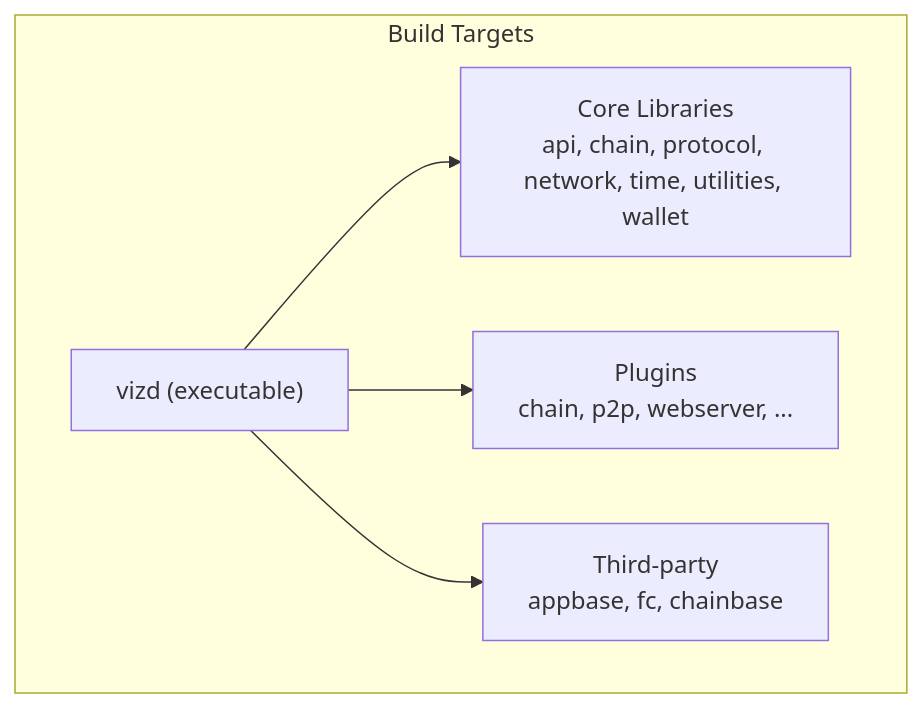
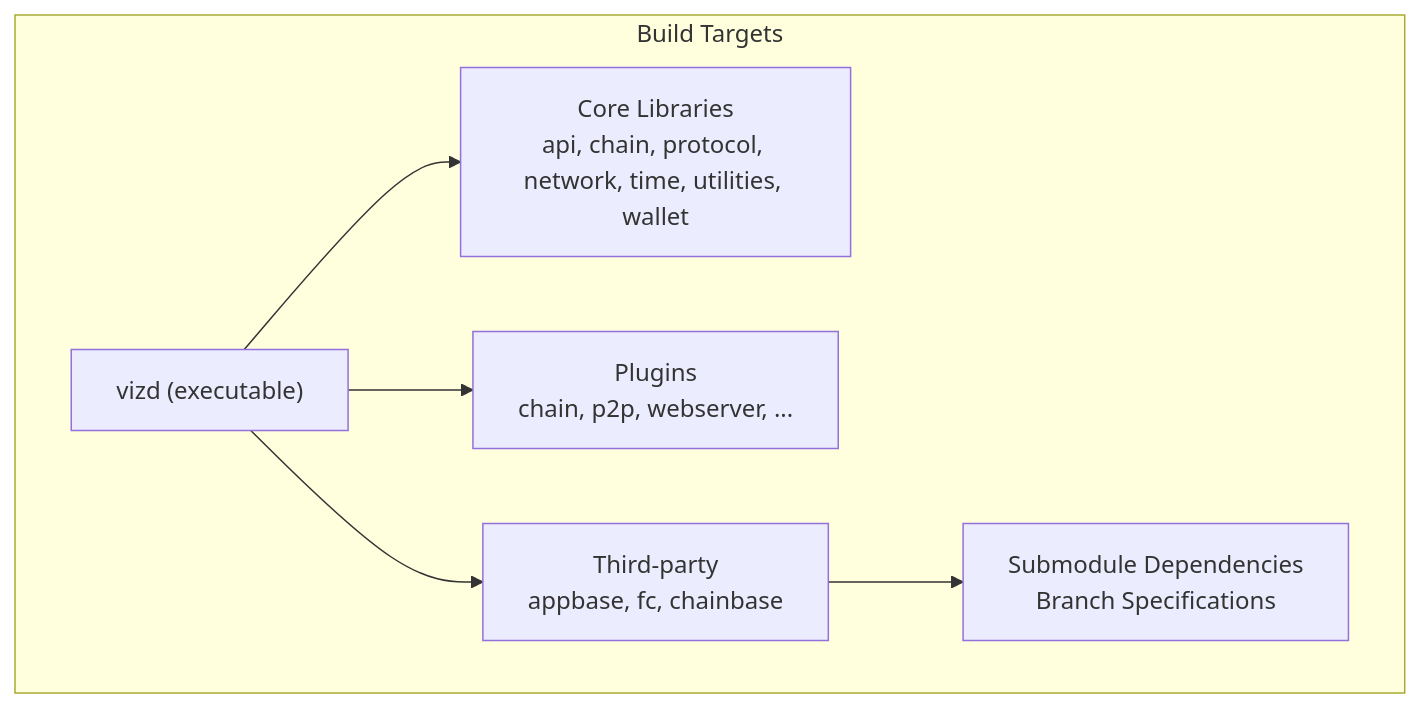
Before and after one commit to VIZ-Blockchain/viz-cpp-node: the second of 3 diagrams in .qoder/repowiki/en/content/Configuration Management/Build Configuration.md, drawn with Mermaid. The commit also changed other lines of this file and 7 other files, not shown here.

````diff
--- a/.qoder/repowiki/en/content/Configuration Management/Build Configuration.md
+++ b/.qoder/repowiki/en/content/Configuration Management/Build Configuration.md
@@ -99,12 +117,14 @@
 ```mermaid
 graph TB
 subgraph "Build Targets"
 VIZD["vizd (executable)"]
 LIBS["Core Libraries<br/>api, chain, protocol, network, time, utilities, wallet"]
 PLUGINS["Plugins<br/>chain, p2p, webserver, ..."]
 THIRDPARTY["Third-party<br/>appbase, fc, chainbase"]
+SUBMODULES["Submodule Dependencies<br/>Branch Specifications"]
 end
 VIZD --> LIBS
 VIZD --> PLUGINS
 VIZD --> THIRDPARTY
+THIRDPARTY --> SUBMODULES
 ```
````
